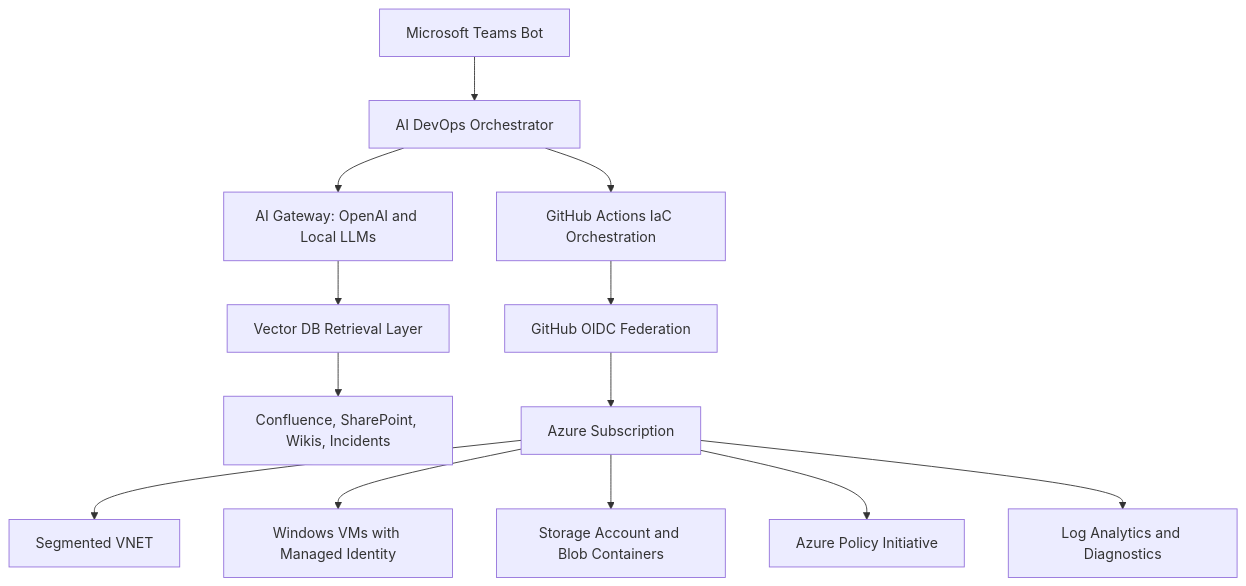
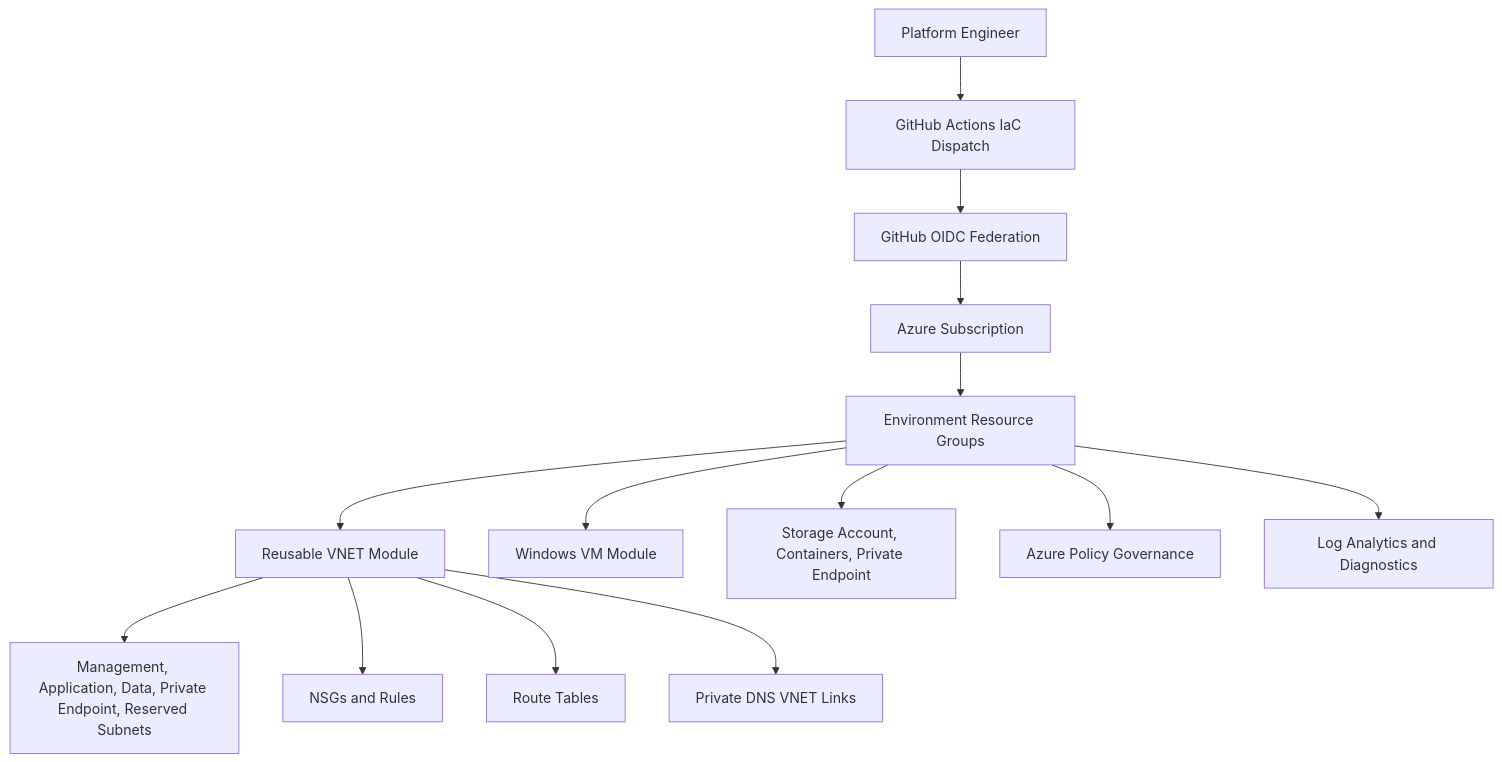
One commit to sathishkst82/Opella-Az-Demo changed the diagram in terraform-azure-platform/README.md. Above: the diagram before and after it, drawn with Mermaid. The commit also changed other lines of this file and 1 other file, not shown here.

Commit message:
Align architecture docs with implemented platform

````diff
--- a/terraform-azure-platform/README.md
+++ b/terraform-azure-platform/README.md
@@ -13,15 +13,16 @@
 ```mermaid
 flowchart TB
-  teams[Microsoft Teams Bot] --> orch[AI DevOps Orchestrator]
-  orch --> ai[AI Gateway: OpenAI and Local LLMs]
-  ai --> rag[Vector DB Retrieval Layer]
-  rag --> knowledge[Confluence, SharePoint, Wikis, Incidents]
-  orch --> gha[GitHub Actions IaC Orchestration]
+  engineer[Platform Engineer] --> gha[GitHub Actions IaC Dispatch]
   gha --> oidc[GitHub OIDC Federation]
   oidc --> azure[Azure Subscription]
-  azure --> vnet[Segmented VNET]
-  azure --> vm[Windows VMs with Managed Identity]
-  azure --> storage[Storage Account and Blob Containers]
-  azure --> policy[Azure Policy Initiative]
-  azure --> monitor[Log Analytics and Diagnostics]
+  azure --> rg[Environment Resource Groups]
+  rg --> vnet[Reusable VNET Module]
+  vnet --> subnets[Management, Application, Data, Private Endpoint, Reserved Subnets]
+  vnet --> nsg[NSGs and Rules]
+  vnet --> routes[Route Tables]
+  vnet --> dns[Private DNS VNET Links]
+  rg --> vm[Windows VM Module]
+  rg --> storage[Storage Account, Containers, Private Endpoint]
+  rg --> policy[Azure Policy Governance]
+  rg --> monitor[Log Analytics and Diagnostics]
 ```
````
